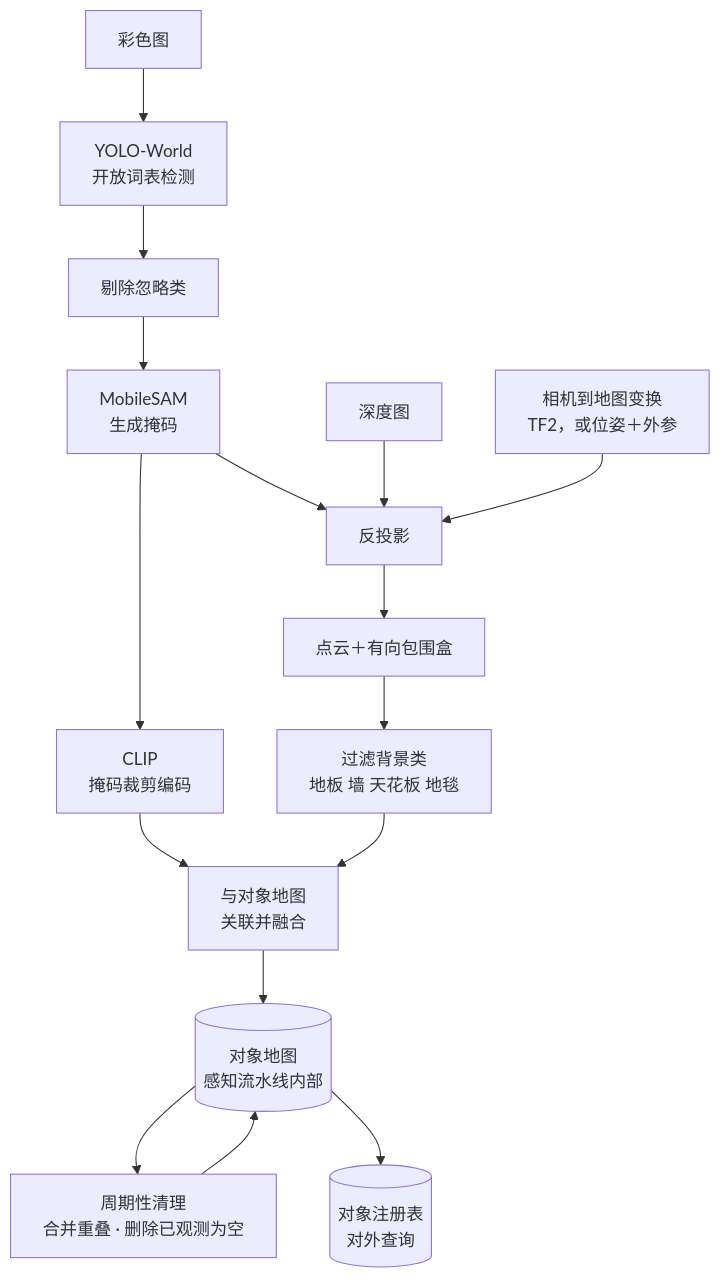
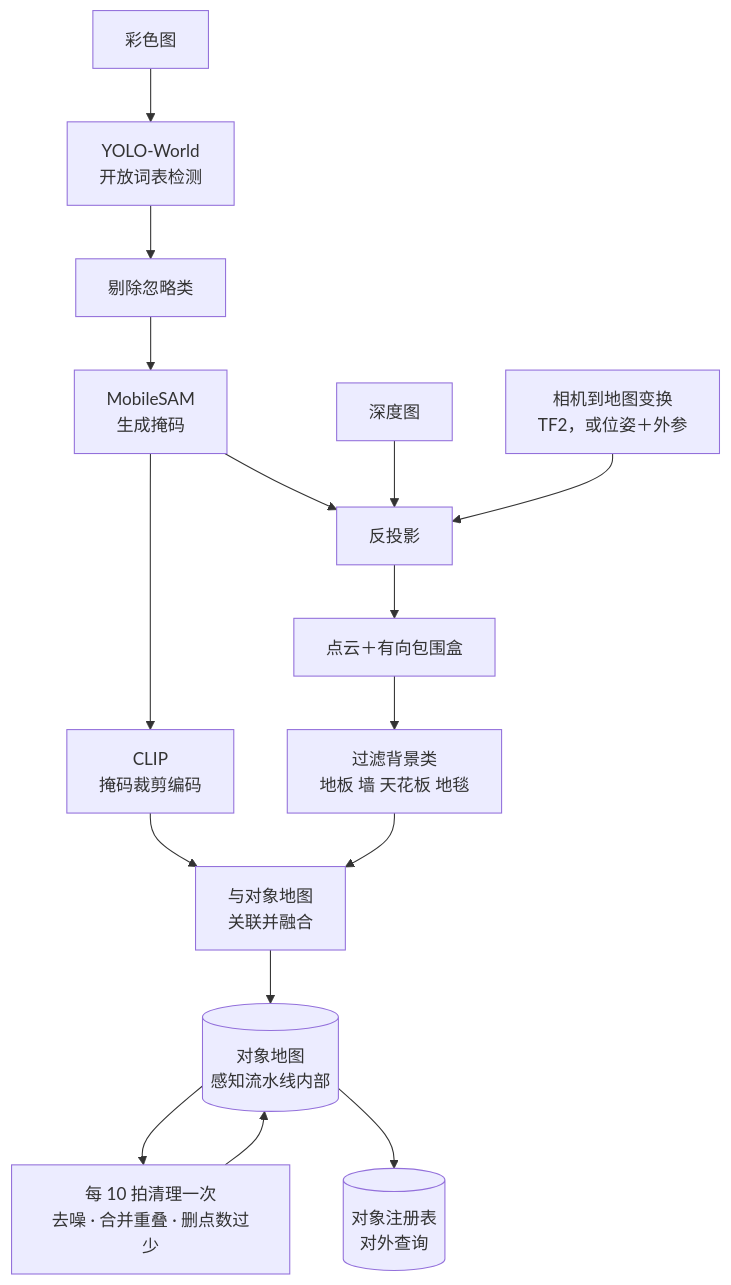
The diagram in docs/components/scene.md (syswonder/robonix-book), drawn with Mermaid before and after one commit. The commit also changed other lines of this file and 14 other files, not shown here.

````diff
--- a/docs/components/scene.md
+++ b/docs/components/scene.md
@@ -82,18 +84,18 @@
 ```mermaid
 flowchart TB
   RGB["彩色图"] --> DET["YOLO-World<br/>开放词表检测"]
   DET --> FLT1["剔除忽略类"]
   FLT1 --> SEG["MobileSAM<br/>生成掩码"]
   SEG --> CLIP["CLIP<br/>掩码裁剪编码"]
   SEG --> PROJ["反投影"]
   D["深度图"] --> PROJ
   TF["相机到地图变换<br/>TF2，或位姿＋外参"] --> PROJ
   PROJ --> GEO["点云＋有向包围盒"]
   CLIP --> ASSOC
   GEO --> FLT2["过滤背景类<br/>地板 墙 天花板 地毯"]
   FLT2 --> ASSOC["与对象地图<br/>关联并融合"]
   ASSOC --> MAP[("对象地图<br/>感知流水线内部")]
-  MAP --> CLEAN["周期性清理<br/>合并重叠 · 删除已观测为空"]
+  MAP --> CLEAN["每 10 拍清理一次<br/>去噪 · 合并重叠 · 删点数过少"]
   CLEAN --> MAP
   MAP --> REG[("对象注册表<br/>对外查询")]
 ```
````
